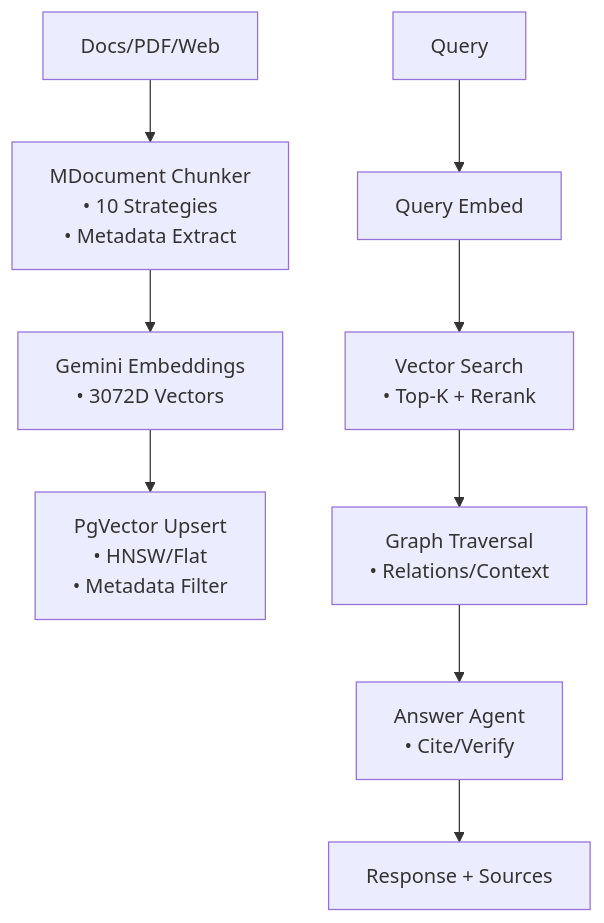
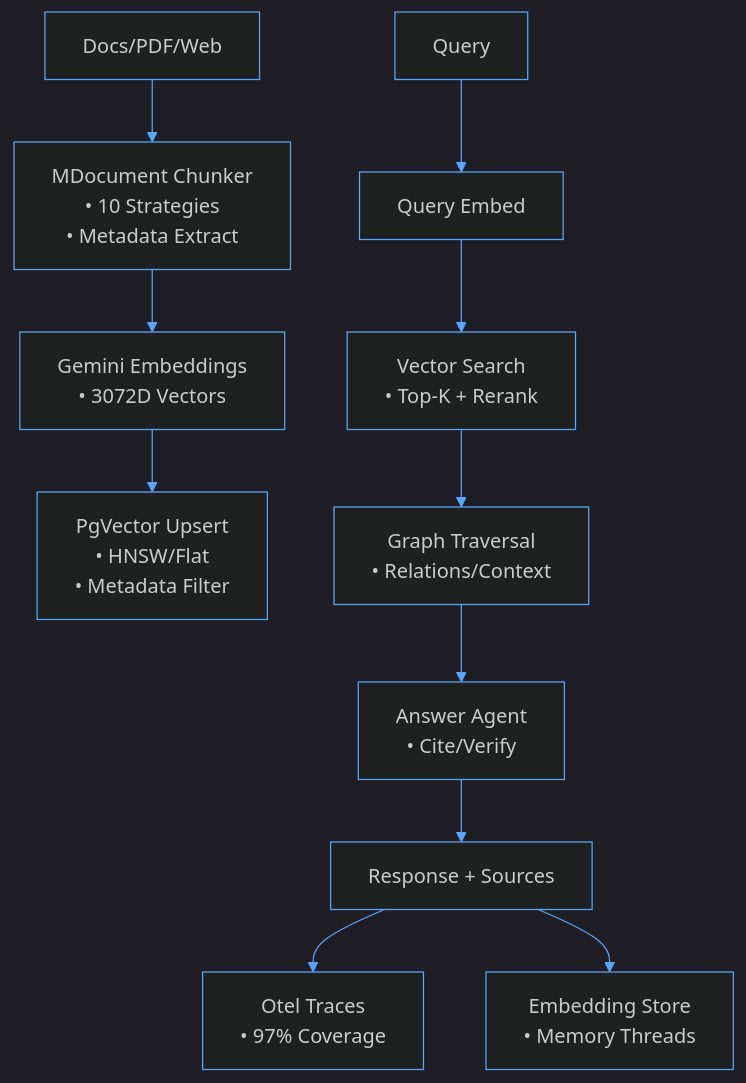
One commit to ssdeanx/AgentStack changed the third of 5 diagrams in README.md. Above: the diagram before and after it, drawn with Mermaid. The commit also changed other lines of this file, not shown here.

````diff
--- a/README.md
+++ b/README.md
@@ -169,11 +200,29 @@
 ```mermaid
+%%{init: {'theme': 'dark', 'themeVariables': { 'primaryColor': '#58a6ff', 'primaryTextColor': '#c9d1d9', 'primaryBorderColor': '#30363d', 'lineColor': '#58a6ff', 'sectionBkgColor': '#161b22', 'altSectionBkgColor': '#0d1117', 'sectionTextColor': '#c9d1d9', 'gridColor': '#30363d', 'tertiaryColor': '#161b22' }}}%%
 flowchart TD
     A[Docs/PDF/Web] --> B[MDocument Chunker<br/>• 10 Strategies<br/>• Metadata Extract]
     B --> C[Gemini Embeddings<br/>• 3072D Vectors]
     C --> D[PgVector Upsert<br/>• HNSW/Flat<br/>• Metadata Filter]
     E[Query] --> F[Query Embed]
     F --> G[Vector Search<br/>• Top-K + Rerank]
     G --> H[Graph Traversal<br/>• Relations/Context]
     H --> I[Answer Agent<br/>• Cite/Verify]
     I --> J[Response + Sources]
+    J --> K[Otel Traces<br/>• 97% Coverage]
+    J --> L[Embedding Store<br/>• Memory Threads]
+
+    style A stroke:#58a6ff
+    style B stroke:#58a6ff
+    style C stroke:#58a6ff
+    style D stroke:#58a6ff
+    style E stroke:#58a6ff
+    style F stroke:#58a6ff
+    style G stroke:#58a6ff
+    style H stroke:#58a6ff
+    style I stroke:#58a6ff
+    style J stroke:#58a6ff
+    style K stroke:#58a6ff
+    style L stroke:#58a6ff
+    style K stroke:#58a6ff
+    style L stroke:#58a6ff
 ```
````
